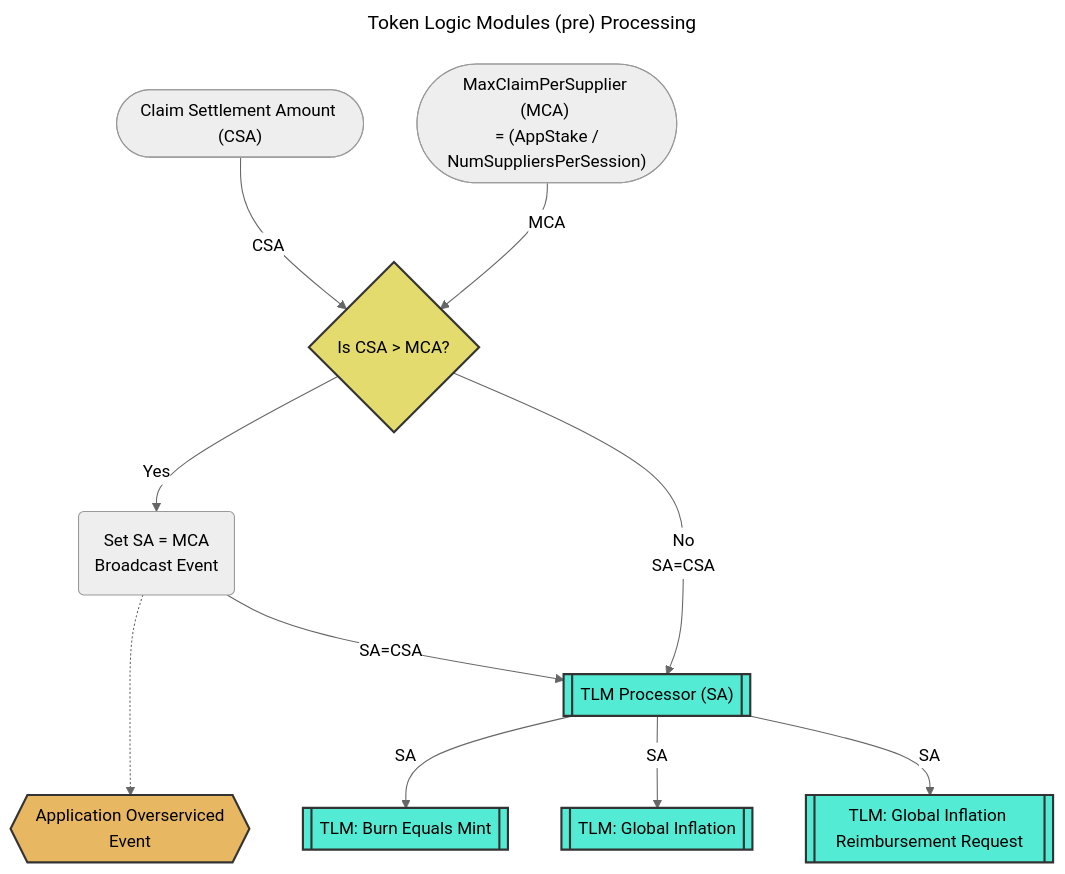
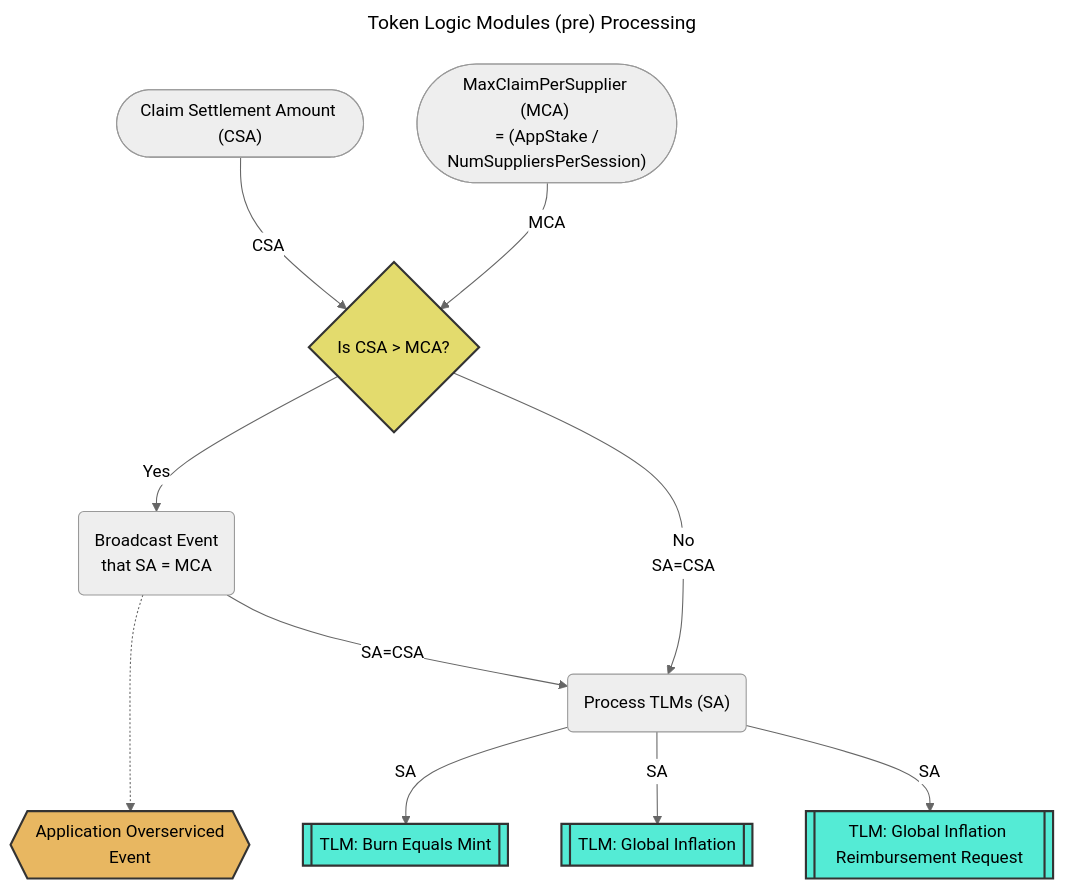
One commit to pokt-network/poktroll changed the first of 4 diagrams in docusaurus/docs/protocol/tokenomics/token_logic_modules.md. Above: the diagram before and after it, drawn with Mermaid (neutral theme). The commit also changed other lines of this file, not shown here.

Commit message:
Update diagram

````diff
--- a/docusaurus/docs/protocol/tokenomics/token_logic_modules.md
+++ b/docusaurus/docs/protocol/tokenomics/token_logic_modules.md
@@ -63,32 +62,32 @@
 ```mermaid
 ---
 title: "Token Logic Modules (pre) Processing"
 ---
 flowchart TB
     CSA(["Claim Settlement Amount (CSA)"])
     MCA(["MaxClaimPerSupplier (MCA) <br> = (AppStake / NumSuppliersPerSession)"])
     CC{"Is CSA > MCA?"}
-    Update(Set SA = MCA <br>Broadcast Event)
+    Update(Broadcast Event <br> that SA = MCA)
     SOAE{{Application Overserviced <br> Event}}
-    TLMP[["TLM Processor (SA)"]]
+    TLMP("Process TLMs (SA)")
 
     CSA -- CSA --> CC
     MCA -- MCA --> CC
 
     Update -..-> SOAE
     CC -- Yes --> Update
     CC -- No<br>SA=CSA --> TLMP
     Update -- SA=CSA --> TLMP
 
     TLMP --SA--> TLMBEM[[TLM: Burn Equals Mint]]
     TLMP --SA--> TLMGI[[TLM: Global Inflation]]
     TLMP --SA--> TLMGIRR[[TLM: Global Inflation Reimbursement Request]]
 
     classDef tlm fill:#54ebd5,stroke:#333,stroke-width:2px;
     classDef question fill:#e3db6d,stroke:#333,stroke-width:2px;
     classDef event fill:#e8b761,stroke:#333,stroke-width:2px;
 
-    class TLMP,TLMBEM,TLMGI,TLMGIRR tlm;
+    class TLMBEM,TLMGI,TLMGIRR tlm;
     class SOAE event;
     class CC question;
 ```
````
